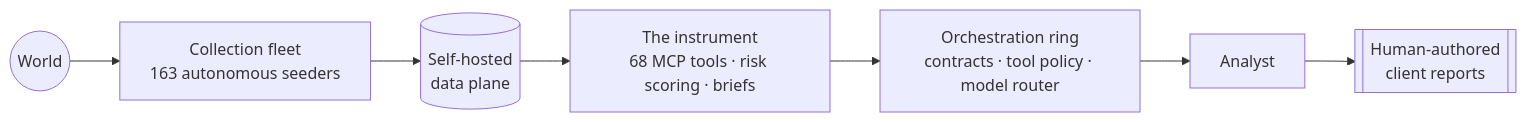
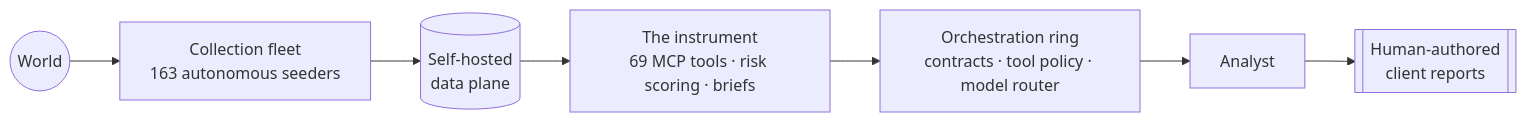
Before and after one commit to clduab11/the-synactic: the diagram in README.md, drawn with Mermaid. The commit also changed 2 other files, not shown here.

Commit message:
docs: correct MCP tool count to 69 in hand-maintained prose
SELF_HOSTING.md, README.md and CONTEXT.md still said 68 — they predate
4a33cee76 (get_defcon_level). Split verified from a live TOOL_REGISTRY
import: 36 cache + 21 rpc + 7 analysis + 1 company-intel + 4 nlp = 69,
matching docs/generated/stats.json mcpToolCount. Also records that
analysis + company-intel merge into RPC_TOOLS inside rpc-tools.ts, so
registry/index.ts imports three names while five files remain true.

````diff
--- a/README.md
+++ b/README.md
@@ -73,9 +73,9 @@
 ```mermaid
 flowchart LR
   W((World)) --> C[Collection fleet<br/>163 autonomous seeders]
   C --> D[(Self-hosted<br/>data plane)]
-  D --> I[The instrument<br/>68 MCP tools · risk scoring · briefs]
+  D --> I[The instrument<br/>69 MCP tools · risk scoring · briefs]
   I --> O[Orchestration ring<br/>contracts · tool policy · model router]
   O --> A[Analyst]
   A --> R[[Human-authored<br/>client reports]]
 ```
````
